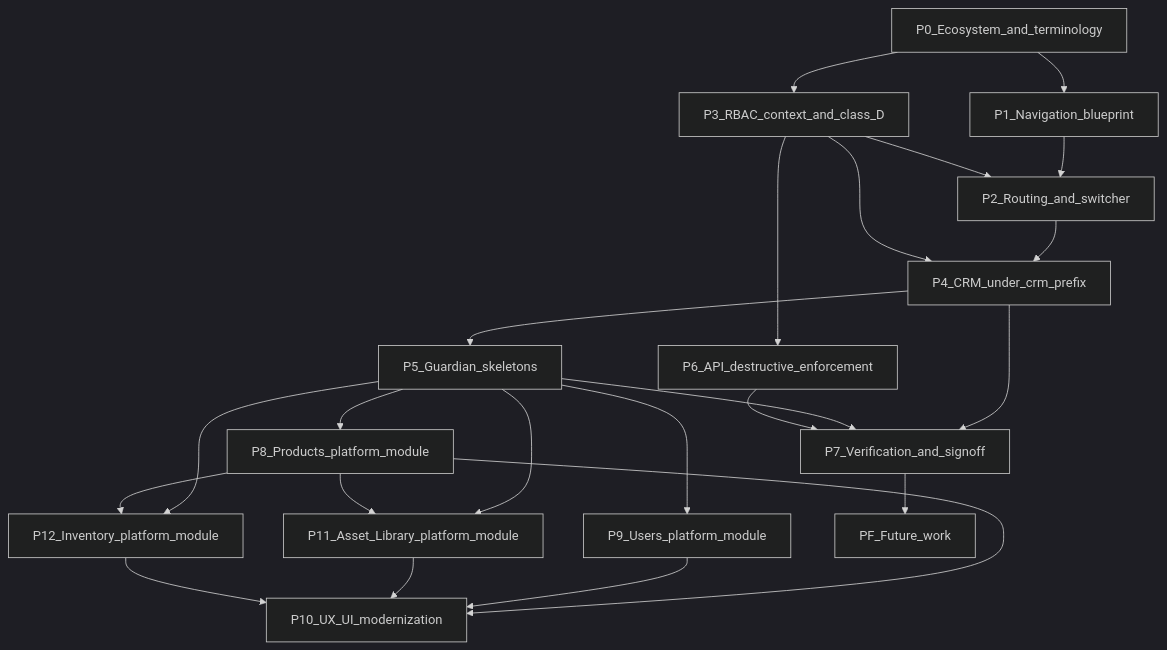
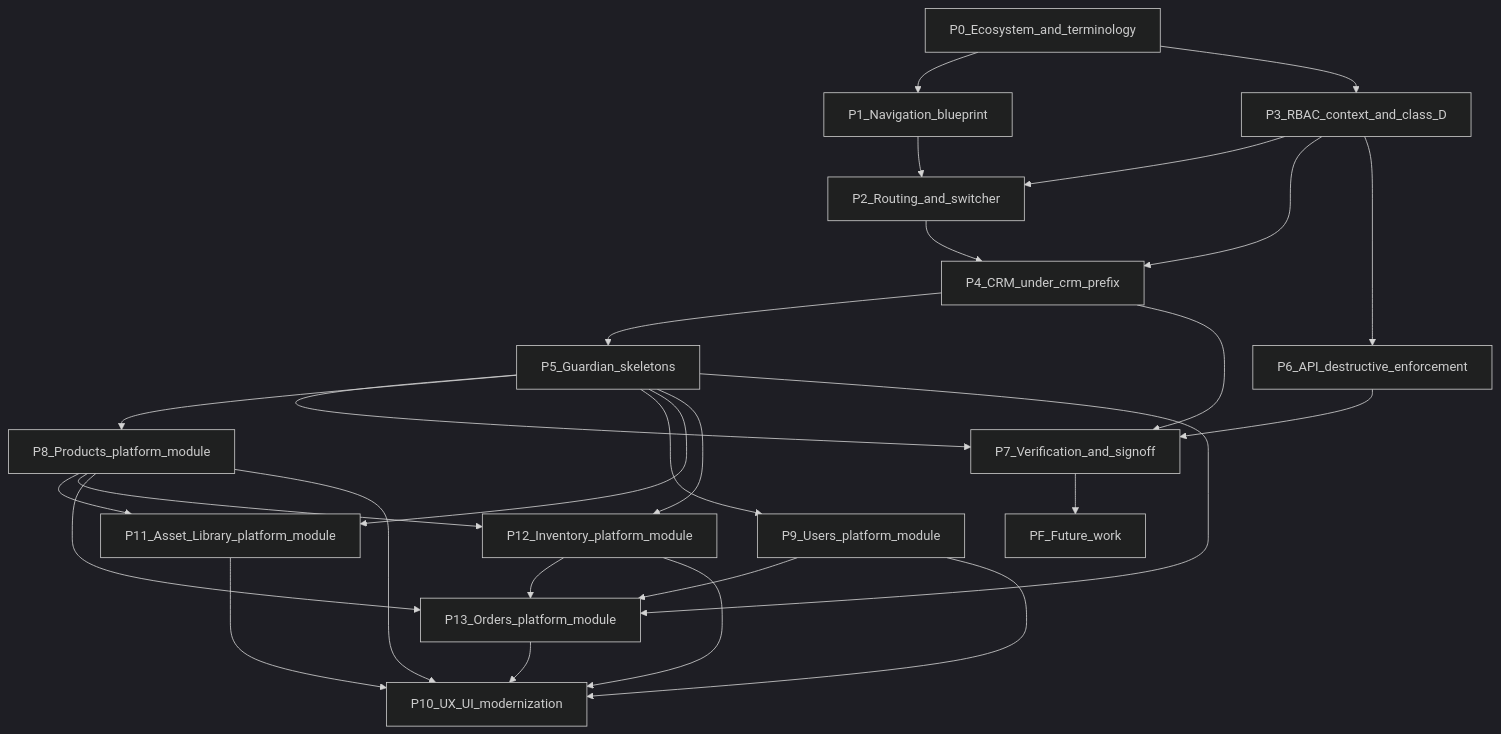
Before and after one commit to theabhissengar/clinexa-platform: the diagram in docs/26-implementation-tracker.md, drawn with Mermaid (dark theme). The commit also changed other lines of this file and 47 other files, not shown here.

First line of the commit message:
Implement Orders platform foundation with CRM operational surface.

````diff
--- a/docs/26-implementation-tracker.md
+++ b/docs/26-implementation-tracker.md
@@ -339,39 +356,45 @@
 ```mermaid
 flowchart TD
   P0[P0_Ecosystem_and_terminology]
   P1[P1_Navigation_blueprint]
   P3[P3_RBAC_context_and_class_D]
   P2[P2_Routing_and_switcher]
   P4[P4_CRM_under_crm_prefix]
   P5[P5_Guardian_skeletons]
   P6[P6_API_destructive_enforcement]
   P7[P7_Verification_and_signoff]
   P8[P8_Products_platform_module]
   P9[P9_Users_platform_module]
   P11[P11_Asset_Library_platform_module]
   P12[P12_Inventory_platform_module]
+  P13[P13_Orders_platform_module]
   P10[P10_UX_UI_modernization]
   PF[PF_Future_work]
   P0 --> P1
   P0 --> P3
   P1 --> P2
   P3 --> P2
   P2 --> P4
   P3 --> P4
   P4 --> P5
   P3 --> P6
   P4 --> P7
   P5 --> P7
   P6 --> P7
   P5 --> P8
   P5 --> P9
   P5 --> P11
   P5 --> P12
+  P5 --> P13
   P8 --> P11
   P8 --> P12
+  P8 --> P13
+  P9 --> P13
+  P12 --> P13
   P8 --> P10
   P9 --> P10
   P11 --> P10
   P12 --> P10
+  P13 --> P10
   P7 --> PF
 ```
````
